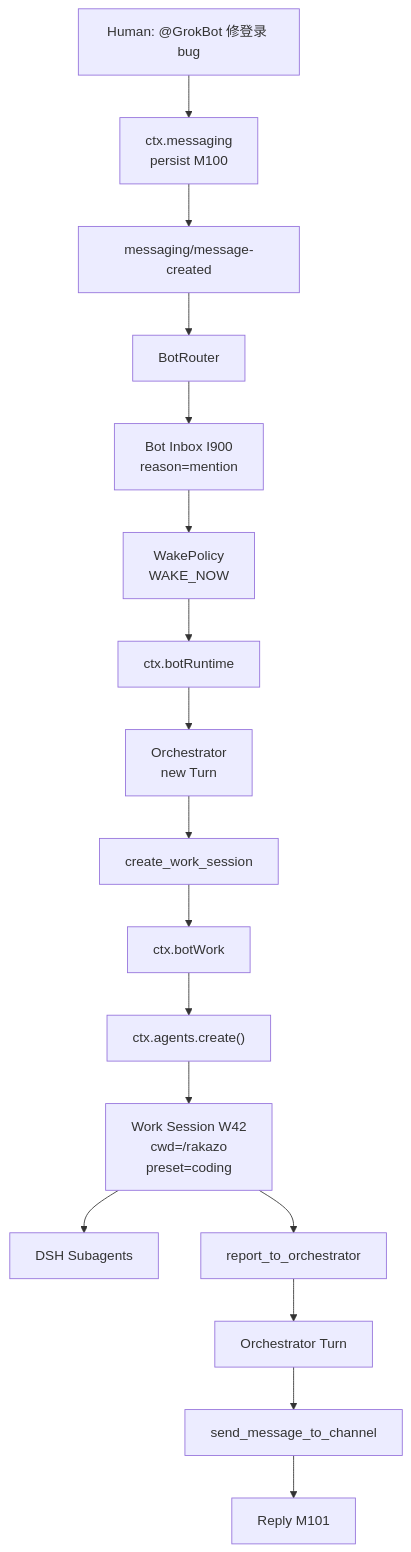
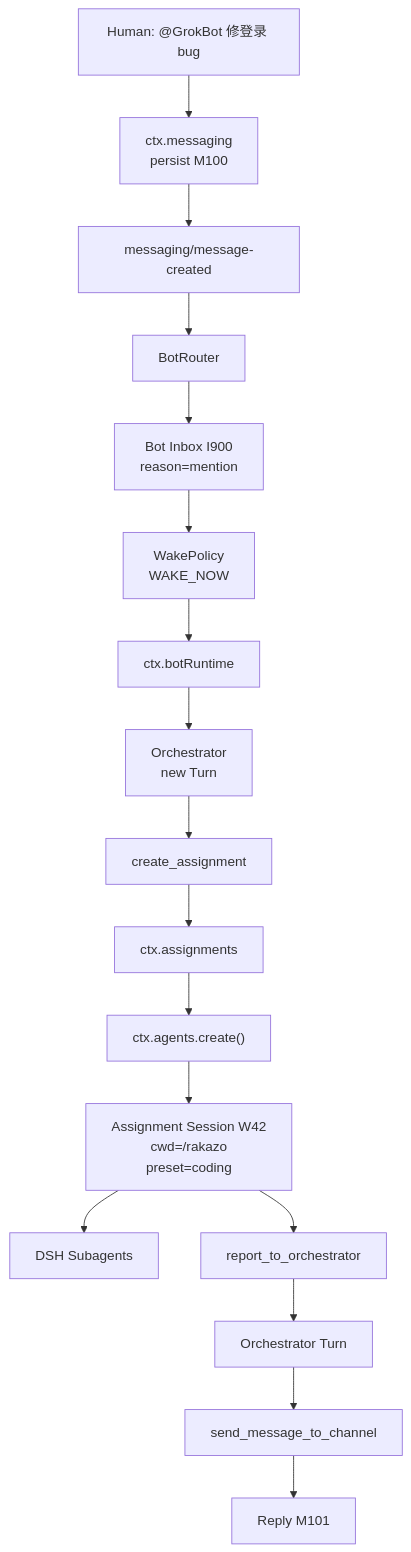
Before and after one commit to BotHarness/BotHarness: the second of 2 diagrams in dsh_research/GROKBOT_ON_DSH_ARCHITECTURE.md, drawn with Mermaid. The commit also changed other lines of this file and 70 other files, not shown here.

Commit message:
docs: define PersonaBot assignments navigation

````diff
--- a/dsh_research/GROKBOT_ON_DSH_ARCHITECTURE.md
+++ b/dsh_research/GROKBOT_ON_DSH_ARCHITECTURE.md
@@ -1241,24 +1234,24 @@
 ```mermaid
 flowchart TB
     H["Human: @GrokBot 修登录 bug"]
     M["ctx.messaging<br/>persist M100"]
     E["messaging/message-created"]
     R["BotRouter"]
     I["Bot Inbox I900<br/>reason=mention"]
     WP["WakePolicy<br/>WAKE_NOW"]
     BR["ctx.botRuntime"]
     O["Orchestrator<br/>new Turn"]
-    CW["create_work_session"]
-    BW["ctx.botWork"]
+    CW["create_assignment"]
+    BW["ctx.assignments"]
     AG["ctx.agents.create()"]
-    WS["Work Session W42<br/>cwd=/rakazo<br/>preset=coding"]
+    WS["Assignment Session W42<br/>cwd=/rakazo<br/>preset=coding"]
     SUB["DSH Subagents"]
     REP["report_to_orchestrator"]
     O2["Orchestrator Turn"]
     SEND["send_message_to_channel"]
     M2["Reply M101"]
 
     H --> M --> E --> R --> I --> WP --> BR --> O
     O --> CW --> BW --> AG --> WS --> SUB
     WS --> REP --> O2 --> SEND --> M2
 ```
````
